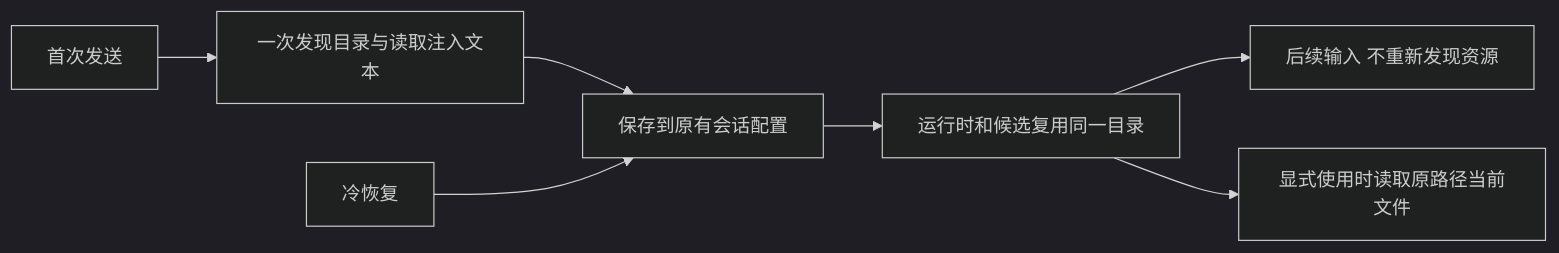
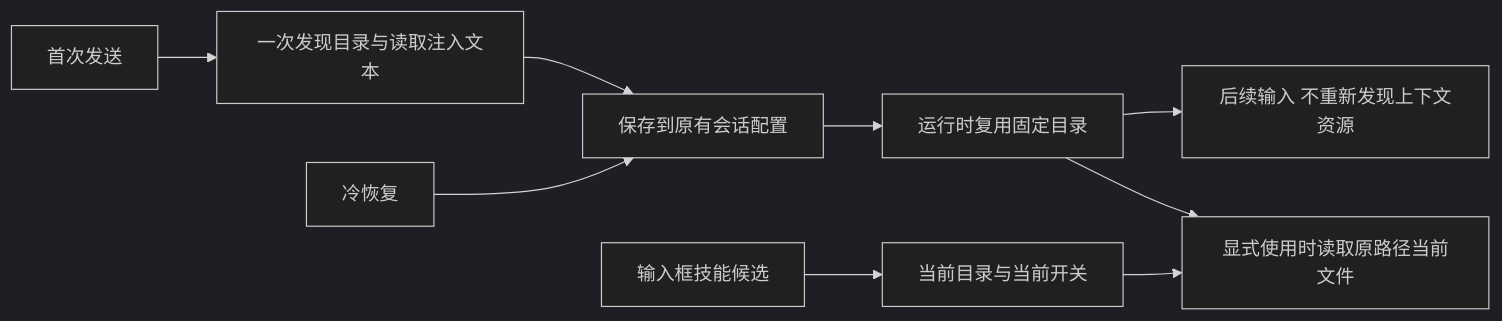
Before and after one commit to 1316151417/zpi: the diagram in docs/internals/resources.md, drawn with Mermaid (dark theme). The commit also changed other lines of this file and 11 other files, not shown here.

````diff
--- a/docs/internals/resources.md
+++ b/docs/internals/resources.md
@@ -48,9 +48,11 @@
 ```mermaid
 flowchart LR
   A[首次发送] --> B[一次发现目录与读取注入文本]
   B --> D[保存到原有会话配置]
-  D --> E[运行时和候选复用同一目录]
+  D --> E[运行时复用固定目录]
   F[冷恢复] --> D
-  E --> G[后续输入 不重新发现资源]
-  E --> H[显式使用时读取原路径当前文件]
+  E --> G[后续输入 不重新发现上下文资源]
+  I[输入框技能候选] --> J[当前目录与当前开关]
+  J --> H[显式使用时读取原路径当前文件]
+  E --> H
 ```
````
